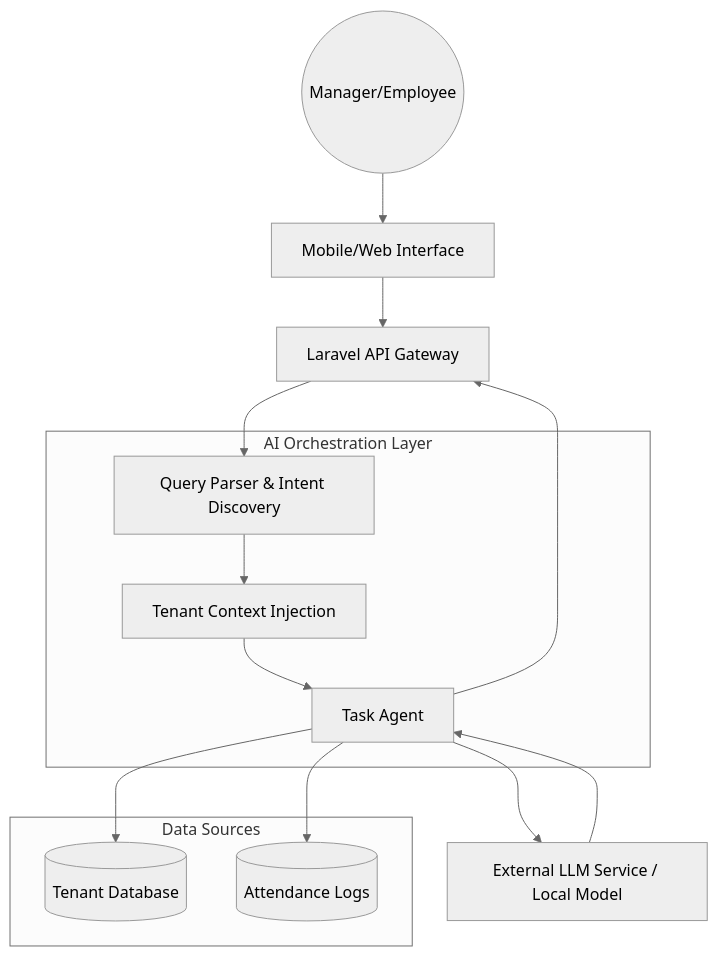
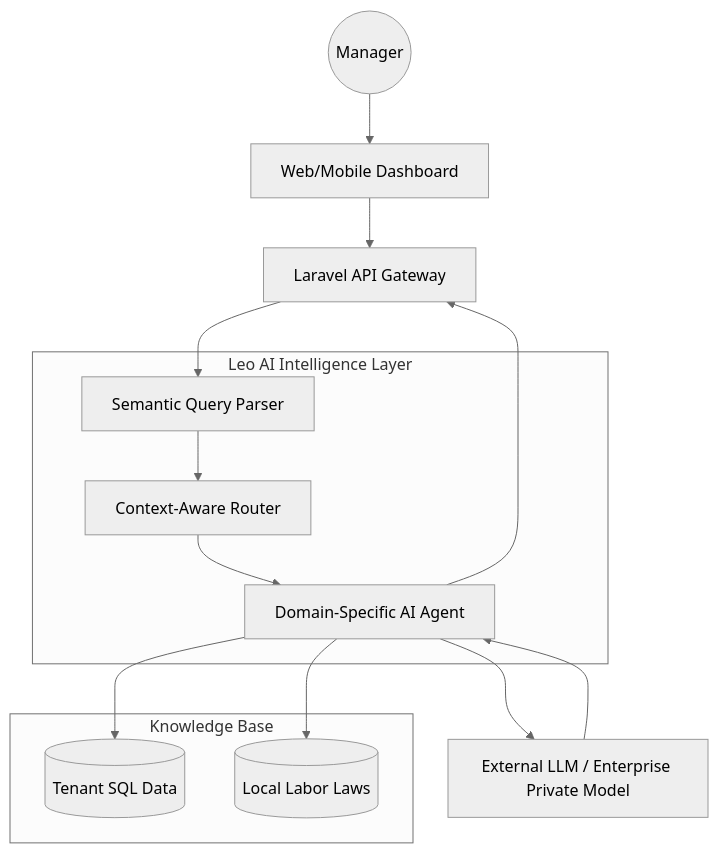
Before and after one commit to kitokoh/leopardo-hr: the diagram in AI_ARCHITECTURE.md, drawn with Mermaid (neutral theme). The commit also changed other lines of this file and 23 other files, not shown here.

````diff
--- a/AI_ARCHITECTURE.md
+++ b/AI_ARCHITECTURE.md
@@ -16,29 +17,29 @@
 ```mermaid
 graph TD
-    User((Manager/Employee))
-    Interface[Mobile/Web Interface]
-    Gateway[Laravel API Gateway]
+    User((Manager))
+    UI[Web/Mobile Dashboard]
+    API[Laravel API Gateway]
 
-    subgraph "AI Orchestration Layer"
-        Parser[Query Parser & Intent Discovery]
-        Context[Tenant Context Injection]
-        Agent[Task Agent]
+    subgraph "Leo AI Intelligence Layer"
+        Parser[Semantic Query Parser]
+        Router[Context-Aware Router]
+        Agent[Domain-Specific AI Agent]
     end
 
-    subgraph "Data Sources"
-        DB[(Tenant Database)]
-        Logs[(Attendance Logs)]
+    subgraph "Knowledge Base"
+        TenantDB[(Tenant SQL Data)]
+        PolicyDB[(Local Labor Laws)]
     end
 
-    LLM[External LLM Service / Local Model]
+    LLM[External LLM / Enterprise Private Model]
 
-    User --> Interface
-    Interface --> Gateway
-    Gateway --> Parser
-    Parser --> Context
-    Context --> Agent
-    Agent --> DB & Logs
+    User --> UI
+    UI --> API
+    API --> Parser
+    Parser --> Router
+    Router --> Agent
+    Agent --> TenantDB & PolicyDB
     Agent --> LLM
     LLM --> Agent
-    Agent --> Gateway
+    Agent --> API
 ```
````
